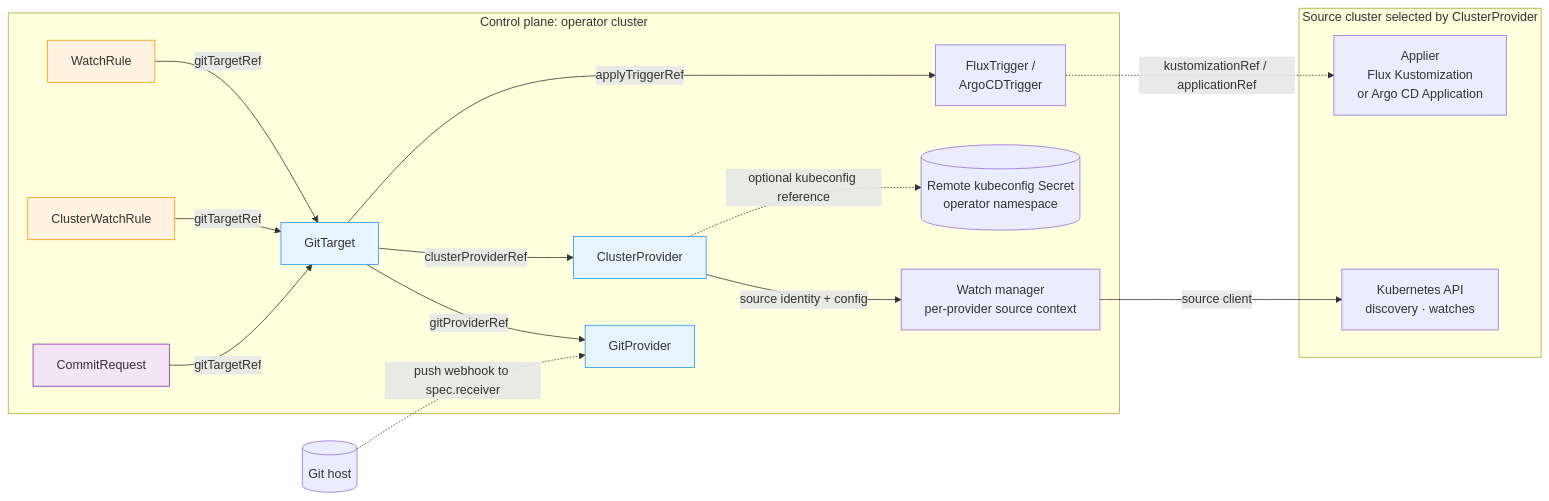
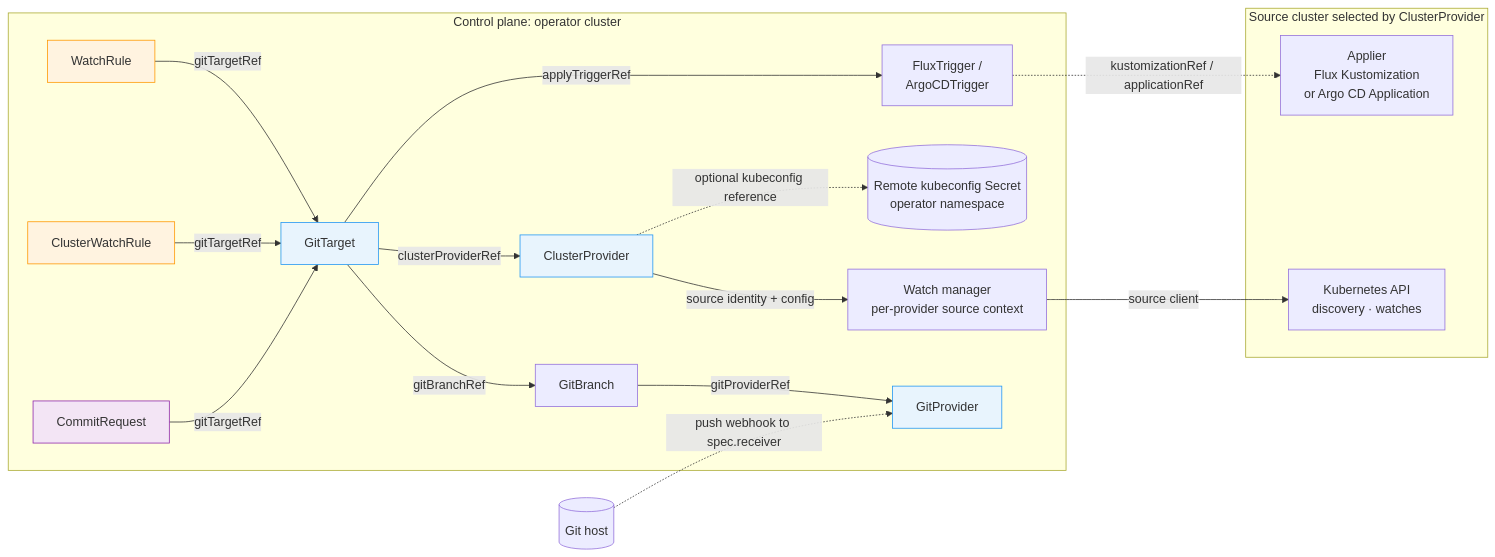
Before and after one commit to ConfigButler/gitops-reverser: the first of 6 diagrams in docs/architecture.md, drawn with Mermaid. The commit also changed other lines of this file and 191 other files, not shown here.

First line of the commit message:
feat!: hold a repository branch with a GitBranch (#429)

````diff
--- a/docs/architecture.md
+++ b/docs/architecture.md
@@ -276,33 +277,34 @@
 ```mermaid
 graph LR
     subgraph CONTROL["Control plane: operator cluster"]
         WR[WatchRule] -->|gitTargetRef| GT[GitTarget]
         CWR[ClusterWatchRule] -->|gitTargetRef| GT
         CR[CommitRequest] -->|gitTargetRef| GT
         GT -->|applyTriggerRef| TR["FluxTrigger /\nArgoCDTrigger"]
         GT -->|clusterProviderRef| CP[ClusterProvider]
-        GT -->|gitProviderRef| GP[GitProvider]
+        GT -->|gitBranchRef| GB[GitBranch]
+        GB -->|gitProviderRef| GP[GitProvider]
         KCFG[("Remote kubeconfig Secret\noperator namespace")]
         WM["Watch manager\nper-provider source context"]
     end
 
     subgraph SOURCE["Source cluster selected by ClusterProvider"]
         API["Kubernetes API\ndiscovery · watches"]
         APPLIER["Applier\nFlux Kustomization\nor Argo CD Application"]
     end
 
     HOST[("Git host")]
 
     CP -. "optional kubeconfig reference" .-> KCFG
     CP -->|"source identity + config"| WM
     WM -->|"source client"| API
     TR -. "kustomizationRef / applicationRef" .-> APPLIER
     HOST -. "push webhook to spec.receiver" .-> GP
 
     style GP fill:#e8f4fd,stroke:#2196f3
     style CP fill:#e8f4fd,stroke:#2196f3
     style GT fill:#e8f4fd,stroke:#2196f3
     style WR fill:#fff3e0,stroke:#ff9800
     style CWR fill:#fff3e0,stroke:#ff9800
     style CR fill:#f3e5f5,stroke:#8e24aa
 ```
````
